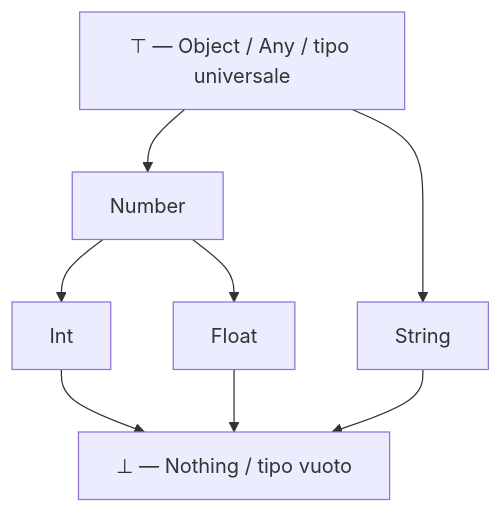
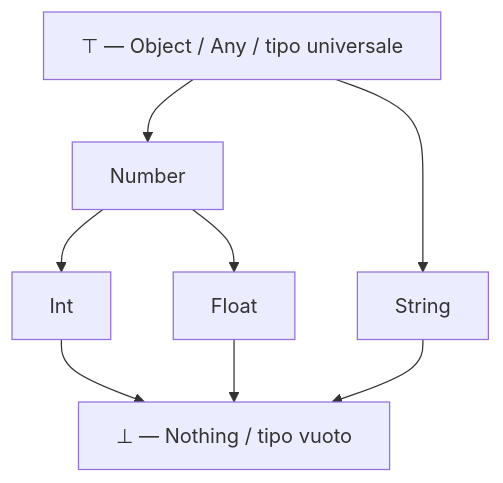
Before and after one commit to matteogiorgi/geonote: the diagram in teoria_tipi.md, drawn with Mermaid. The commit also changed other lines of this file, not shown here.

````diff
--- a/teoria_tipi.md
+++ b/teoria_tipi.md
@@ -18,16 +20,17 @@
 ```mermaid
+%%{init: {"flowchart": {"wrappingWidth": 400}}}%%
 flowchart TD
     top["⊤ — Object / Any / tipo universale"]
     num["Number"]
     str["String"]
     int["Int"]
     float["Float"]
     bot["⊥ — Nothing / tipo vuoto"]
     top --> num
     top --> str
     num --> int
     num --> float
     int --> bot
     float --> bot
     str --> bot
 ```
````
